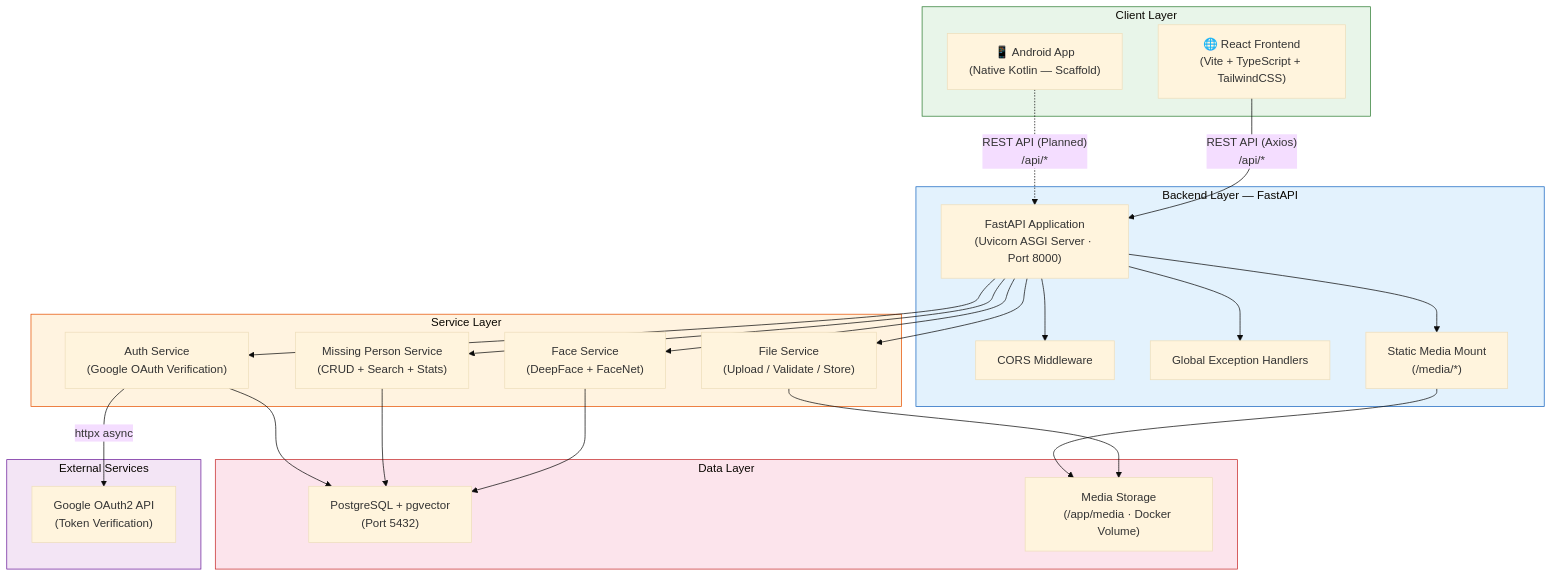
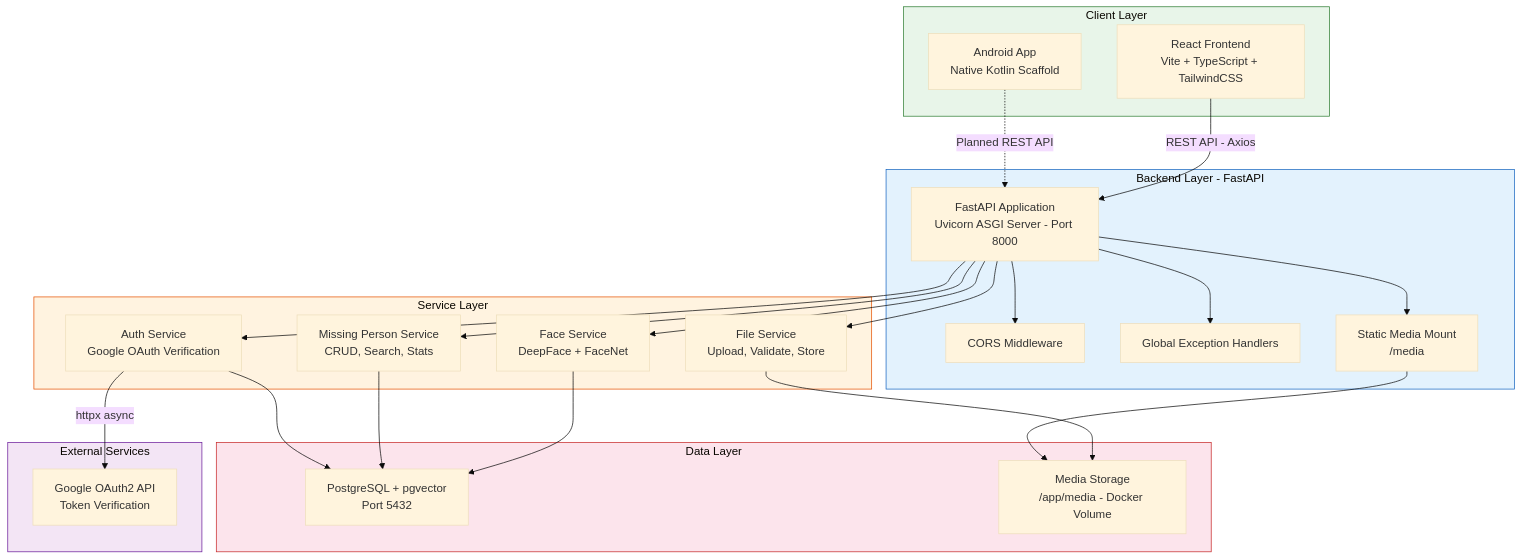
Before and after one commit to Mayur1708mali/Missing-Person-Identification: the first of 9 diagrams in architecture.md, drawn with Mermaid (base theme). The commit also changed other lines of this file, not shown here.

Commit message:
fix(docs): resolve GitHub Mermaid rendering errors in sections 1, 3, 4, and 6

````diff
--- a/architecture.md
+++ b/architecture.md
@@ -9,55 +9,55 @@
 ```mermaid
 flowchart TB
     subgraph Clients["Client Layer"]
-        Android["📱 Android App\n(Native Kotlin — Scaffold)"]
-        Web["🌐 React Frontend\n(Vite + TypeScript + TailwindCSS)"]
+        Android["Android App<br/>Native Kotlin Scaffold"]
+        Web["React Frontend<br/>Vite + TypeScript + TailwindCSS"]
     end
 
-    subgraph Backend["Backend Layer — FastAPI"]
-        API["FastAPI Application\n(Uvicorn ASGI Server · Port 8000)"]
+    subgraph Backend["Backend Layer - FastAPI"]
+        API["FastAPI Application<br/>Uvicorn ASGI Server - Port 8000"]
         CORS["CORS Middleware"]
         ErrHandler["Global Exception Handlers"]
-        StaticMedia["Static Media Mount\n(/media/*)"]
+        StaticMedia["Static Media Mount<br/>/media"]
     end
 
     subgraph Services["Service Layer"]
-        AuthSvc["Auth Service\n(Google OAuth Verification)"]
-        FaceSvc["Face Service\n(DeepFace + FaceNet)"]
-        FileSvc["File Service\n(Upload / Validate / Store)"]
-        PersonSvc["Missing Person Service\n(CRUD + Search + Stats)"]
+        AuthSvc["Auth Service<br/>Google OAuth Verification"]
+        FaceSvc["Face Service<br/>DeepFace + FaceNet"]
+        FileSvc["File Service<br/>Upload, Validate, Store"]
+        PersonSvc["Missing Person Service<br/>CRUD, Search, Stats"]
     end
 
     subgraph DataLayer["Data Layer"]
-        PG["PostgreSQL + pgvector\n(Port 5432)"]
-        MediaDisk["Media Storage\n(/app/media · Docker Volume)"]
+        PG["PostgreSQL + pgvector<br/>Port 5432"]
+        MediaDisk["Media Storage<br/>/app/media - Docker Volume"]
     end
 
     subgraph External["External Services"]
-        Google["Google OAuth2 API\n(Token Verification)"]
+        Google["Google OAuth2 API<br/>Token Verification"]
     end
 
-    Web -- "REST API (Axios)\n/api/*" --> API
-    Android -. "REST API (Planned)\n/api/*" .-> API
+    Web -->|REST API - Axios| API
+    Android -.->|Planned REST API| API
 
     API --> CORS
     API --> ErrHandler
     API --> StaticMedia
 
     API --> AuthSvc
     API --> FaceSvc
     API --> FileSvc
     API --> PersonSvc
 
-    AuthSvc -- "httpx async" --> Google
+    AuthSvc -->|httpx async| Google
     FaceSvc --> PG
     PersonSvc --> PG
     AuthSvc --> PG
     FileSvc --> MediaDisk
     StaticMedia --> MediaDisk
 
     style Clients fill:#e8f5e9,stroke:#2e7d32
     style Backend fill:#e3f2fd,stroke:#1565c0
     style Services fill:#fff3e0,stroke:#e65100
     style DataLayer fill:#fce4ec,stroke:#c62828
     style External fill:#f3e5f5,stroke:#6a1b9a
 ```
````
